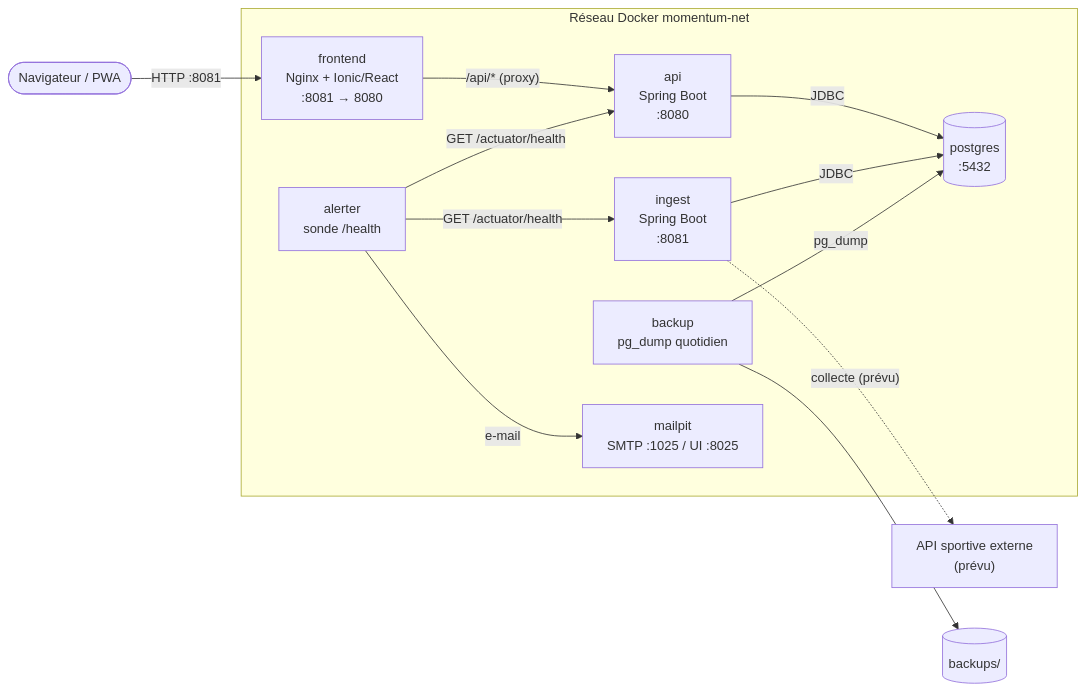
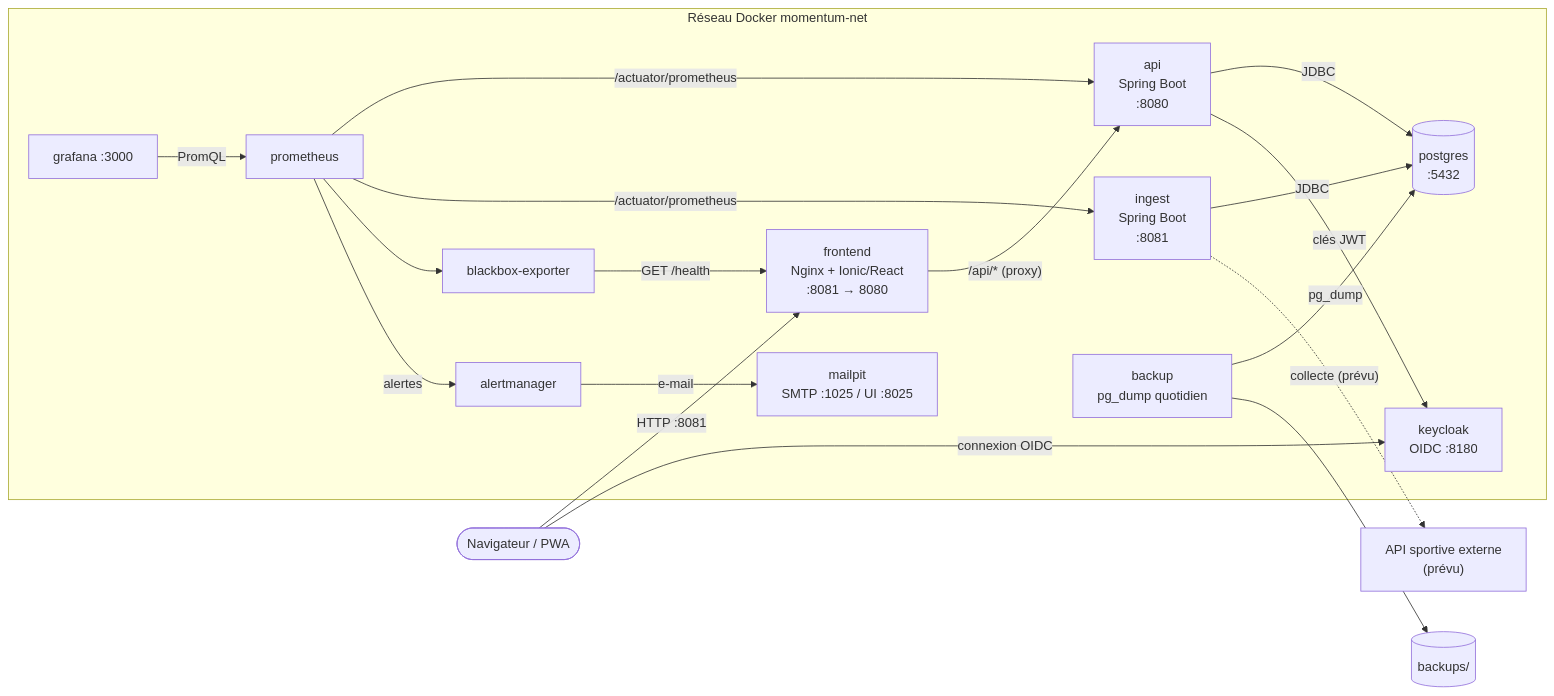
One commit to momentum-cpdi/momentum-frontend changed the first of 2 diagrams in docs/architecture.md. Above: the diagram before and after it, drawn with Mermaid. The commit also changed other lines of this file and 9 other files, not shown here.

````diff
--- a/docs/architecture.md
+++ b/docs/architecture.md
@@ -5,27 +5,35 @@
 ```mermaid
 flowchart LR
     user([Navigateur / PWA])
 
     subgraph net["Réseau Docker momentum-net"]
         fe["frontend<br/>Nginx + Ionic/React<br/>:8081 → 8080"]
         api["api<br/>Spring Boot<br/>:8080"]
         ingest["ingest<br/>Spring Boot<br/>:8081"]
         db[("postgres<br/>:5432")]
         backup["backup<br/>pg_dump quotidien"]
-        alerter["alerter<br/>sonde /health"]
+        kc["keycloak<br/>OIDC :8180"]
+        prom["prometheus"]
+        graf["grafana :3000"]
+        am["alertmanager"]
+        bb["blackbox-exporter"]
         mail["mailpit<br/>SMTP :1025 / UI :8025"]
     end
 
     ext["API sportive externe<br/>(prévu)"]
 
     user -->|"HTTP :8081"| fe
     fe -->|"/api/* (proxy)"| api
     api -->|JDBC| db
     ingest -->|JDBC| db
     ingest -.->|"collecte (prévu)"| ext
     backup -->|pg_dump| db
     backup --> vol[("backups/")]
-    alerter -->|"GET /actuator/health"| api
-    alerter -->|"GET /actuator/health"| ingest
-    alerter -->|e-mail| mail
+    user -->|"connexion OIDC"| kc
+    api -->|"clés JWT"| kc
+    prom -->|"/actuator/prometheus"| api
+    prom -->|"/actuator/prometheus"| ingest
+    prom --> bb -->|"GET /health"| fe
+    graf -->|PromQL| prom
+    prom -->|alertes| am -->|e-mail| mail
 ```
````
